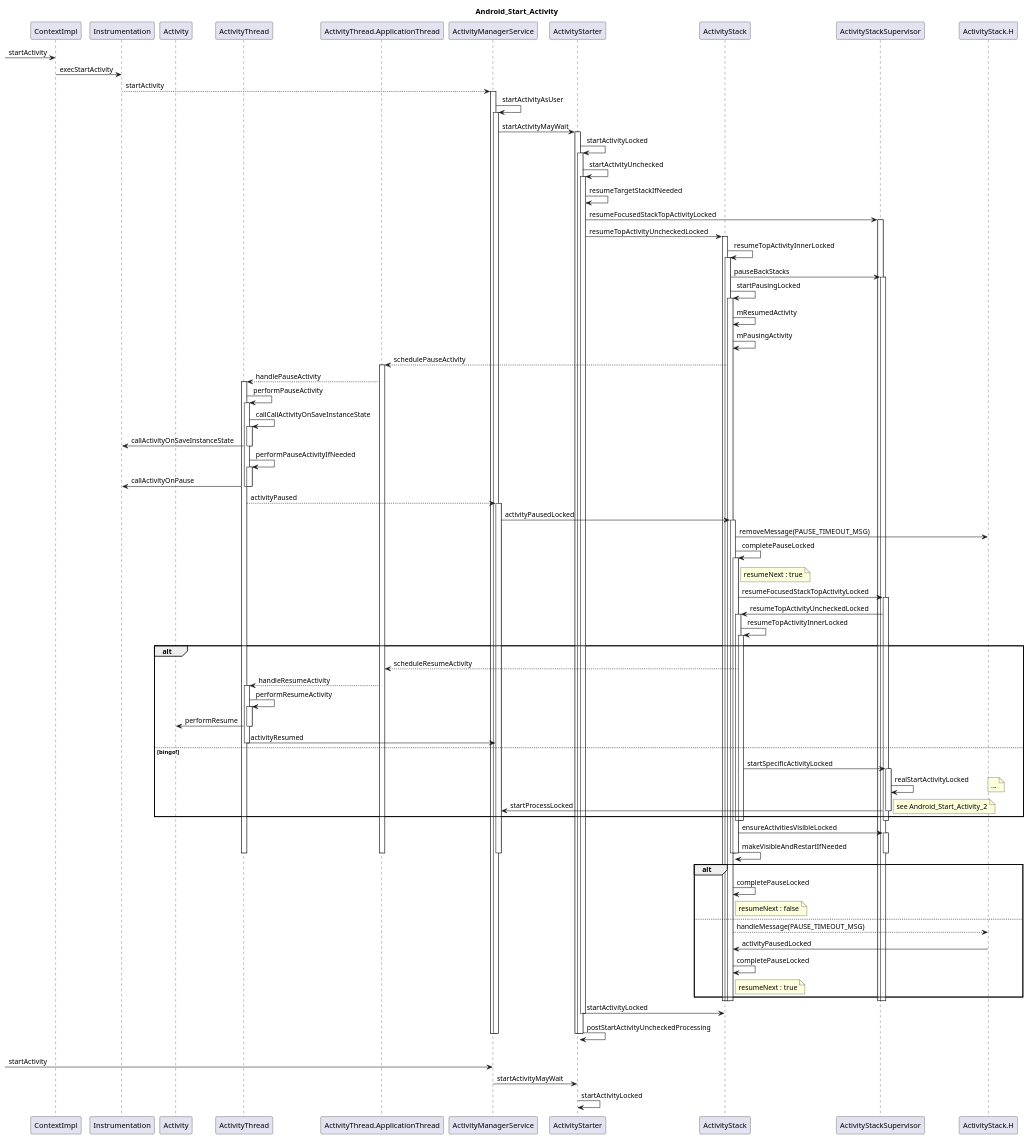
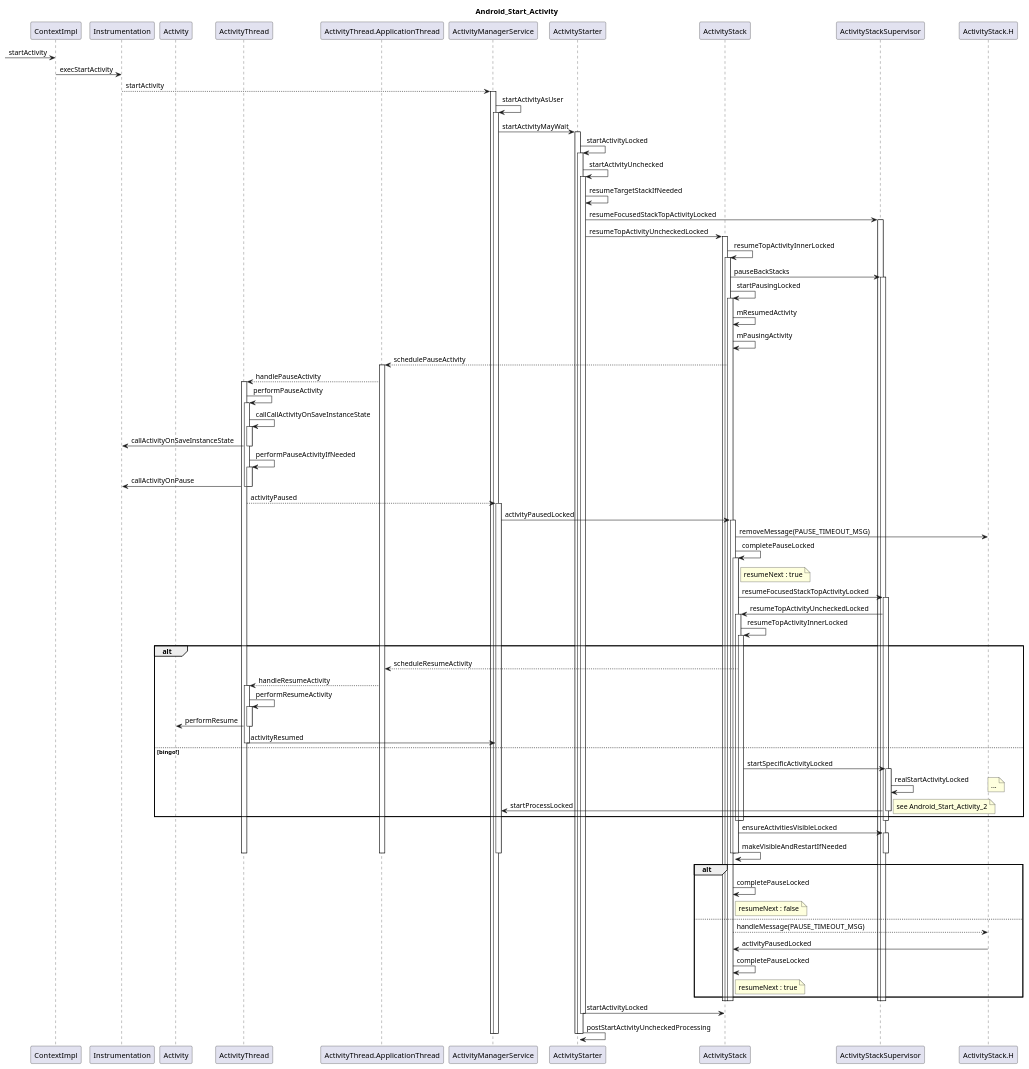
One commit to peggy109/AndroidSystemServer changed the diagram in android_start_activity.puml. Above: the diagram before and after it, drawn with PlantUML. The commit also changed 1 other file, not shown here.

Commit message:
android_start_activity.puml, optimize

```diff
--- a/android_start_activity.puml
+++ b/android_start_activity.puml
@@ -1,126 +1,122 @@
 @startuml
 title Android_Start_Activity
 participant ContextImpl
 participant Instrumentation
 participant Activity
 participant ActivityThread
 participant ActivityThread.ApplicationThread
 participant ActivityManagerService as AMS
 participant ActivityStarter
 participant ActivityStack
 participant ActivityStackSupervisor
 participant ActivityStack.H
 
 [-> ContextImpl : startActivity
 ContextImpl -> Instrumentation : execStartActivity
 Instrumentation ---> AMS : startActivity
 activate AMS
 	AMS -> AMS : startActivityAsUser
 	activate AMS
 		AMS -> ActivityStarter : startActivityMayWait
 		activate ActivityStarter
 			ActivityStarter -> ActivityStarter : startActivityLocked
 			activate ActivityStarter
 				ActivityStarter -> ActivityStarter : startActivityUnchecked
 				activate ActivityStarter
 					ActivityStarter -> ActivityStarter : resumeTargetStackIfNeeded
 					ActivityStarter -> ActivityStackSupervisor : resumeFocusedStackTopActivityLocked
 					activate ActivityStackSupervisor
 						ActivityStarter -> ActivityStack : resumeTopActivityUncheckedLocked
 						activate ActivityStack
 							ActivityStack -> ActivityStack : resumeTopActivityInnerLocked
 							activate ActivityStack
 							    ActivityStack -> ActivityStackSupervisor : pauseBackStacks
 							    activate ActivityStackSupervisor
 								ActivityStack -> ActivityStack : startPausingLocked
 								activate ActivityStack
 									ActivityStack -> ActivityStack : mResumedActivity
 									ActivityStack -> ActivityStack : mPausingActivity
 									ActivityStack --> ActivityThread.ApplicationThread : schedulePauseActivity
 									activate ActivityThread.ApplicationThread
 										ActivityThread.ApplicationThread --> ActivityThread : handlePauseActivity
 										activate ActivityThread
 											ActivityThread -> ActivityThread : performPauseActivity
 											activate ActivityThread
 												ActivityThread -> ActivityThread : callCallActivityOnSaveInstanceState
 												activate ActivityThread
 													ActivityThread -> Instrumentation : callActivityOnSaveInstanceState
 												deactivate ActivityThread
 												ActivityThread -> ActivityThread : performPauseActivityIfNeeded
 												activate ActivityThread
 													ActivityThread -> Instrumentation : callActivityOnPause
 												deactivate ActivityThread
 											deactivate ActivityThread
 											ActivityThread ---> AMS : activityPaused 
 											activate AMS
 												AMS -> ActivityStack : activityPausedLocked
 												activate ActivityStack
 													ActivityStack -> ActivityStack.H : removeMessage(PAUSE_TIMEOUT_MSG)
 													ActivityStack -> ActivityStack : completePauseLocked
 													note right of ActivityStack : resumeNext : true
 													activate ActivityStack
 														ActivityStack -> ActivityStackSupervisor : resumeFocusedStackTopActivityLocked
 														activate ActivityStackSupervisor
 															ActivityStackSupervisor -> ActivityStack : resumeTopActivityUncheckedLocked
 															activate ActivityStack
 																ActivityStack -> ActivityStack : resumeTopActivityInnerLocked
 																activate ActivityStack
 																alt
 																	ActivityStack ---> ActivityThread.ApplicationThread : scheduleResumeActivity
 																	ActivityThread.ApplicationThread ---> ActivityThread :handleResumeActivity
 																	activate ActivityThread
 																		ActivityThread -> ActivityThread : performResumeActivity
 																		activate ActivityThread
 																			ActivityThread -> Activity : performResume
 																		deactivate ActivityThread
 																		ActivityThread -> AMS : activityResumed
 																	deactivate ActivityThread
 																else bingo!
 																	ActivityStack -> ActivityStackSupervisor : startSpecificActivityLocked
 																	activate ActivityStackSupervisor
                                                                         ActivityStackSupervisor -> ActivityStackSupervisor : realStartActivityLocked
                                                                         note right : ...
                                                                         ActivityStackSupervisor -> AMS : startProcessLocked
                                                                         note right : see Android_Start_Activity_2
 																	deactivate ActivityStackSupervisor
 																end
 																deactivate ActivityStack
 															deactivate ActivityStack
 														deactivate ActivityStackSupervisor
 														ActivityStack -> ActivityStackSupervisor : ensureActivitiesVisibleLocked
 														activate ActivityStackSupervisor
 														ActivityStack -> ActivityStack : makeVisibleAndRestartIfNeeded
 														deactivate ActivityStackSupervisor
 													deactivate ActivityStack
 												deactivate ActivityStack
 											deactivate AMS
 										deactivate ActivityThread
 									deactivate ActivityThread.ApplicationThread
 									alt
 										ActivityStack -> ActivityStack : completePauseLocked
 										note right of ActivityStack : resumeNext : false
 									else
 										ActivityStack ---> ActivityStack.H : handleMessage(PAUSE_TIMEOUT_MSG)
 										ActivityStack.H -> ActivityStack : activityPausedLocked
 										ActivityStack -> ActivityStack : completePauseLocked
 										note right of ActivityStack : resumeNext : true
 									end
 								deactivate ActivityStack
 								deactivate ActivityStackSupervisor
 							deactivate ActivityStack
 						deactivate ActivityStack
 					deactivate ActivityStackSupervisor
 					ActivityStarter -> ActivityStack : startActivityLocked
 				deactivate ActivityStarter
 				ActivityStarter -> ActivityStarter : postStartActivityUncheckedProcessing
 			deactivate ActivityStarter
 		deactivate ActivityStarter
 
 	deactivate AMS
 deactivate AMS
-|||
-[-> AMS : startActivity
-AMS -> ActivityStarter : startActivityMayWait
-ActivityStarter -> ActivityStarter : startActivityLocked
 
 @enduml
```
